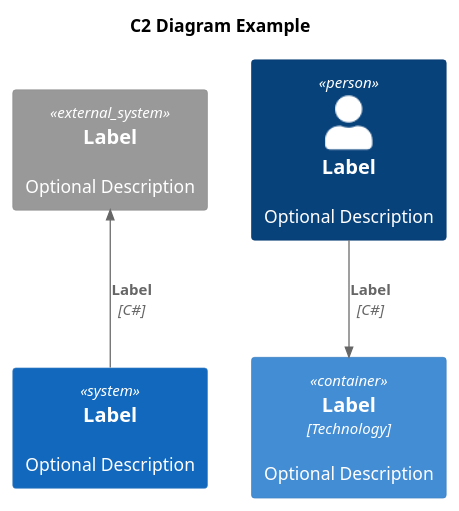
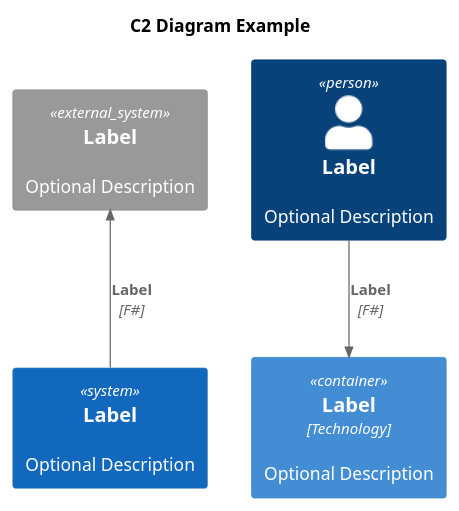
Before and after one commit to ItsWorkzFontys/Pars3.0: the diagram in Shared/Documentation/test.puml, drawn with PlantUML. The commit also changed 1 other file, not shown here.

```diff
--- a/Shared/Documentation/test.puml
+++ b/Shared/Documentation/test.puml
@@ -1,14 +1,14 @@
 @startuml test
 title C2 Diagram Example
 !include <C4/C4_Container>
 
 Person(personAlias, "Label", "Optional Description")
 Container(containerAlias, "Label", "Technology", "Optional Description")
 System(systemAlias, "Label", "Optional Description")
 
 System_Ext(extSystemAlias, "Label", "Optional Description")
 
-Rel(personAlias, containerAlias, "Label", "C#")
+Rel(personAlias, containerAlias, "Label", "F#")
 
-Rel_U(systemAlias, extSystemAlias, "Label", "C#")
+Rel_U(systemAlias, extSystemAlias, "Label", "F#")
 @enduml
```
